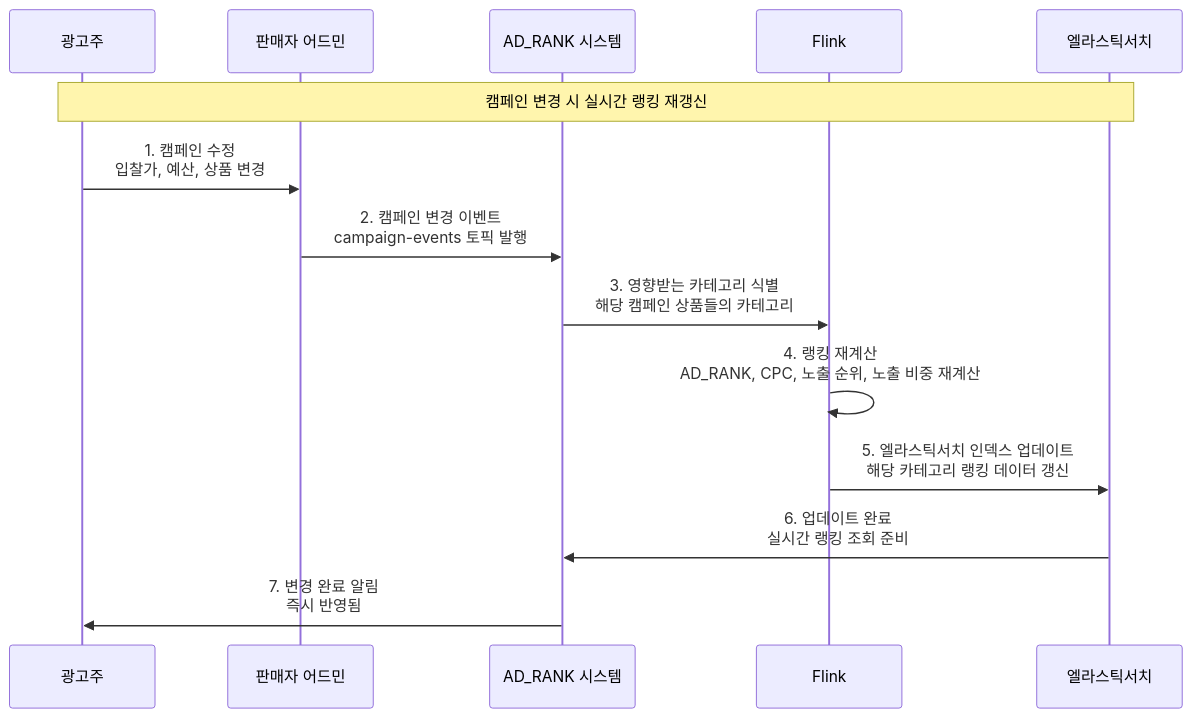
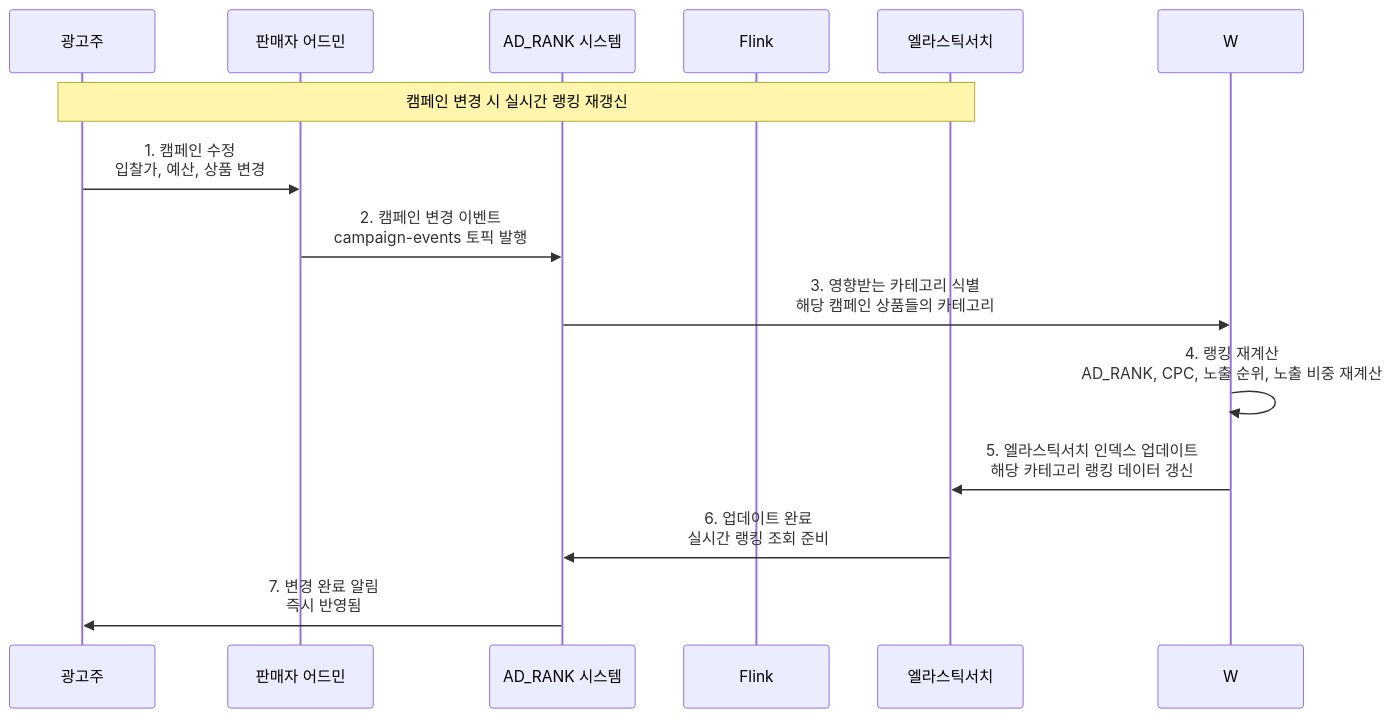
Before and after one commit to smk692/advertisement-project: the sixth of 9 diagrams in docs/2. 설계/2-1. 업무흐름.md, drawn with Mermaid. The commit also changed other lines of this file and 1 other file, not shown here.

First line of the commit message:
docs: Flink와 Worker 역할 분담 수정 - AD_RANK 계산은 Worker 담당

````diff
--- a/docs/2. 설계/2-1. 업무흐름.md
+++ b/docs/2. 설계/2-1. 업무흐름.md
@@ -283,18 +283,18 @@
 ```mermaid
 sequenceDiagram
     participant A as 광고주
     participant S as 판매자 어드민
     participant AS as AD_RANK 시스템
     participant F as Flink
     participant ES as 엘라스틱서치
     
     Note over A,ES: 캠페인 변경 시 실시간 랭킹 재갱신
     
     A->>S: 1. 캠페인 수정<br/>입찰가, 예산, 상품 변경
     S->>AS: 2. 캠페인 변경 이벤트<br/>campaign-events 토픽 발행
-    AS->>F: 3. 영향받는 카테고리 식별<br/>해당 캠페인 상품들의 카테고리
-    F->>F: 4. 랭킹 재계산<br/>AD_RANK, CPC, 노출 순위, 노출 비중 재계산
-    F->>ES: 5. 엘라스틱서치 인덱스 업데이트<br/>해당 카테고리 랭킹 데이터 갱신
+    AS->>W: 3. 영향받는 카테고리 식별<br/>해당 캠페인 상품들의 카테고리
+    W->>W: 4. 랭킹 재계산<br/>AD_RANK, CPC, 노출 순위, 노출 비중 재계산
+    W->>ES: 5. 엘라스틱서치 인덱스 업데이트<br/>해당 카테고리 랭킹 데이터 갱신
     ES->>AS: 6. 업데이트 완료<br/>실시간 랭킹 조회 준비
     AS->>A: 7. 변경 완료 알림<br/>즉시 반영됨
 ```
````
